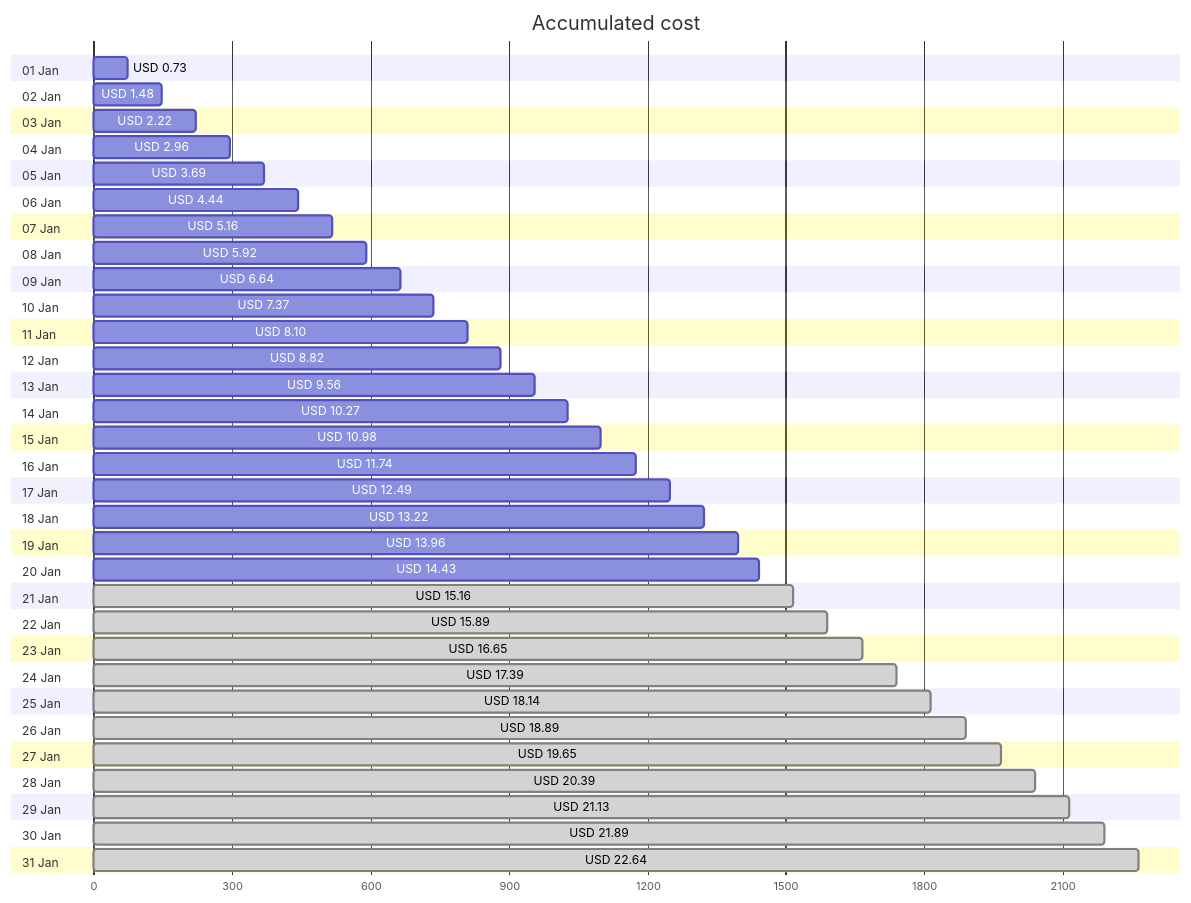
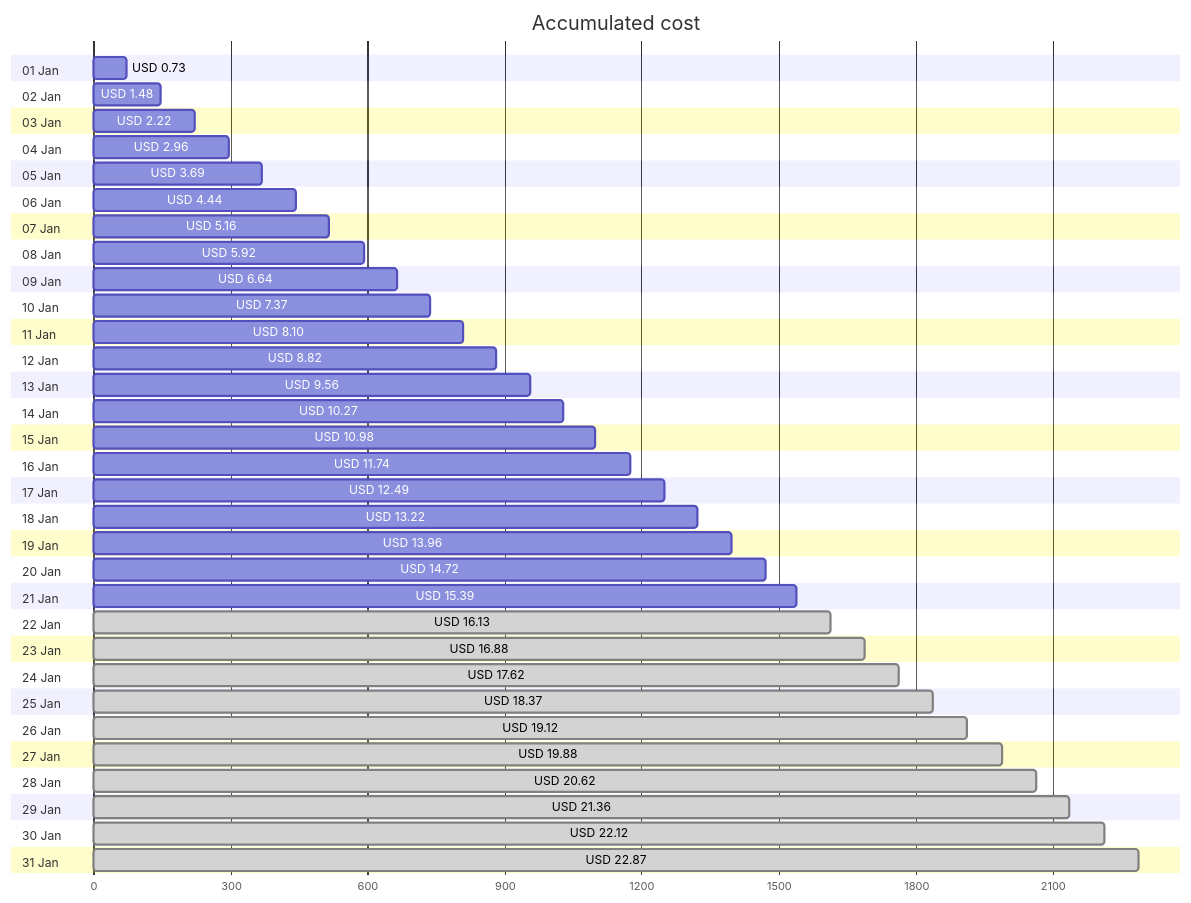
One commit to jpfulton/azure-personal-reports changed the first of 4 diagrams in cost-reports/personal-network/backup-server-data-disk.md. Above: the diagram before and after it, drawn with Mermaid. The commit also changed other lines of this file and 8 other files, not shown here.

````diff
--- a/cost-reports/personal-network/backup-server-data-disk.md
+++ b/cost-reports/personal-network/backup-server-data-disk.md
@@ -20,68 +20,68 @@
 ```mermaid
 gantt
    title Accumulated cost
    dateFormat  X
    axisFormat %s
    section 01 Jan
    USD 0.73 :0, 73
    section 02 Jan
    USD 1.48 :0, 148
    section 03 Jan
    USD 2.22 :0, 222
    section 04 Jan
    USD 2.96 :0, 296
    section 05 Jan
    USD 3.69 :0, 369
    section 06 Jan
    USD 4.44 :0, 444
    section 07 Jan
    USD 5.16 :0, 516
    section 08 Jan
    USD 5.92 :0, 592
    section 09 Jan
    USD 6.64 :0, 664
    section 10 Jan
    USD 7.37 :0, 737
    section 11 Jan
    USD 8.10 :0, 810
    section 12 Jan
    USD 8.82 :0, 882
    section 13 Jan
    USD 9.56 :0, 956
    section 14 Jan
    USD 10.27 :0, 1027
    section 15 Jan
    USD 10.98 :0, 1098
    section 16 Jan
    USD 11.74 :0, 1174
    section 17 Jan
    USD 12.49 :0, 1249
    section 18 Jan
    USD 13.22 :0, 1322
    section 19 Jan
    USD 13.96 :0, 1396
    section 20 Jan
-   USD 14.43 :0, 1443
+   USD 14.72 :0, 1472
    section 21 Jan
-   USD 15.16 : done, 0, 1516
+   USD 15.39 :0, 1539
    section 22 Jan
-   USD 15.89 : done, 0, 1589
+   USD 16.13 : done, 0, 1613
    section 23 Jan
-   USD 16.65 : done, 0, 1665
+   USD 16.88 : done, 0, 1688
    section 24 Jan
-   USD 17.39 : done, 0, 1739
+   USD 17.62 : done, 0, 1762
    section 25 Jan
-   USD 18.14 : done, 0, 1814
+   USD 18.37 : done, 0, 1837
    section 26 Jan
-   USD 18.89 : done, 0, 1889
+   USD 19.12 : done, 0, 1912
    section 27 Jan
-   USD 19.65 : done, 0, 1965
+   USD 19.88 : done, 0, 1988
    section 28 Jan
-   USD 20.39 : done, 0, 2039
+   USD 20.62 : done, 0, 2062
    section 29 Jan
-   USD 21.13 : done, 0, 2113
+   USD 21.36 : done, 0, 2136
    section 30 Jan
-   USD 21.89 : done, 0, 2189
+   USD 22.12 : done, 0, 2212
    section 31 Jan
-   USD 22.64 : done, 0, 2264
+   USD 22.87 : done, 0, 2287
 ```
````
